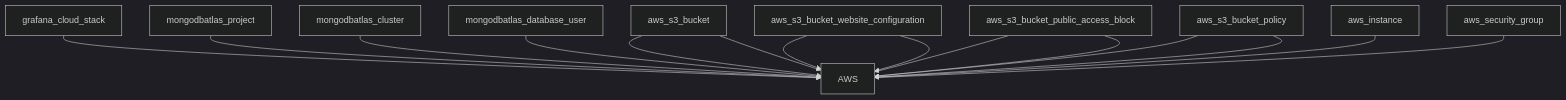
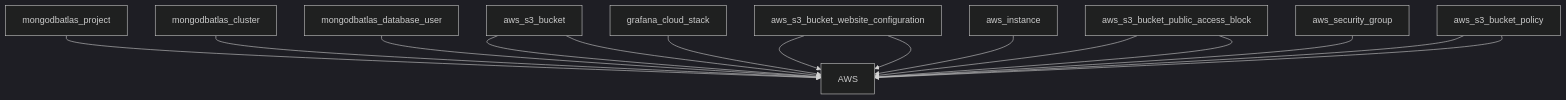
The first of 2 diagrams in README.md (UPT-FAING-EPIS/proyecto-si8811a-2024-ii-u1-automatizado-huallpa_apaza), drawn with Mermaid (dark theme) before and after one commit. The commit also changed other lines of this file, not shown here.

````diff
--- a/README.md
+++ b/README.md
@@ -6,17 +6,17 @@
 ```mermaid
 graph TD;
-    grafana_cloud_stack --> AWS
     mongodbatlas_project --> AWS
     mongodbatlas_cluster --> AWS
     mongodbatlas_database_user --> AWS
     aws_s3_bucket --> AWS
     aws_s3_bucket_website_configuration --> AWS
     aws_s3_bucket_public_access_block --> AWS
     aws_s3_bucket_policy --> AWS
+    grafana_cloud_stack --> AWS
+    aws_instance --> AWS
+    aws_security_group --> AWS
     aws_s3_bucket --> AWS
     aws_s3_bucket_website_configuration --> AWS
     aws_s3_bucket_public_access_block --> AWS
     aws_s3_bucket_policy --> AWS
-    aws_instance --> AWS
-    aws_security_group --> AWS
 ```
````
